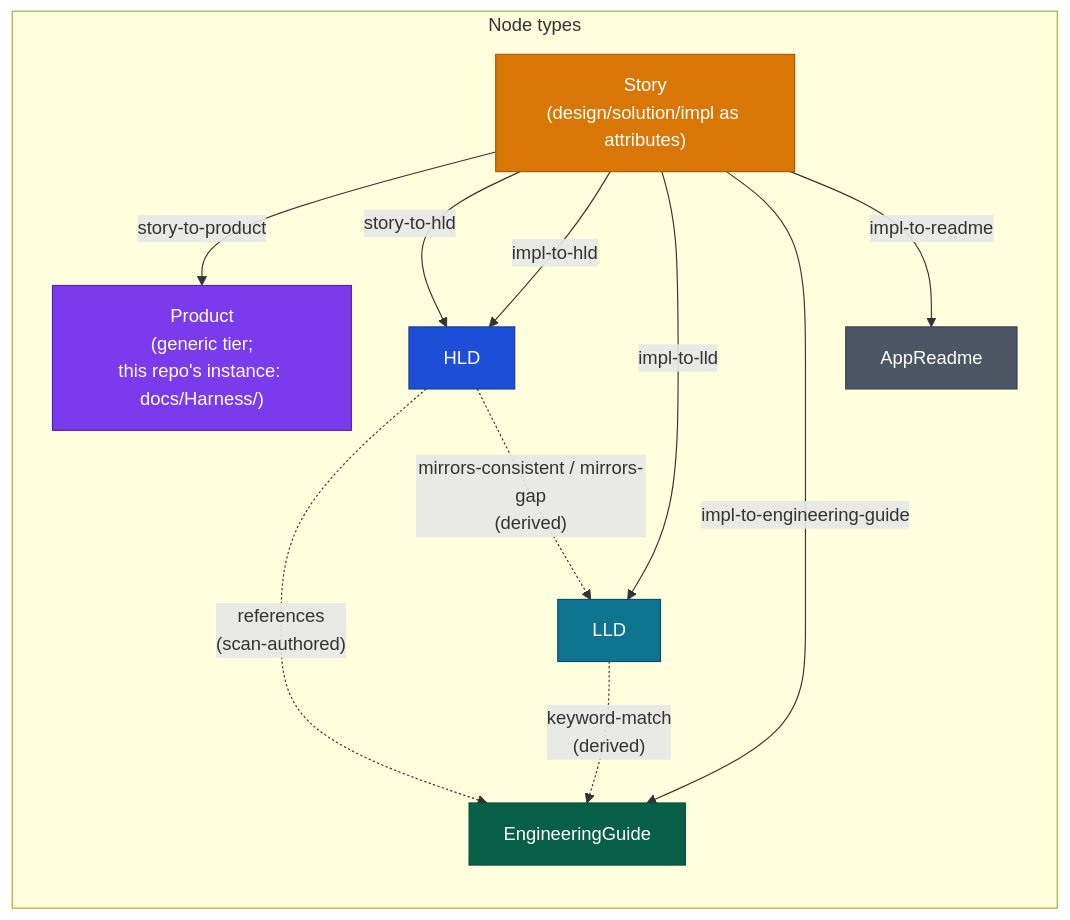
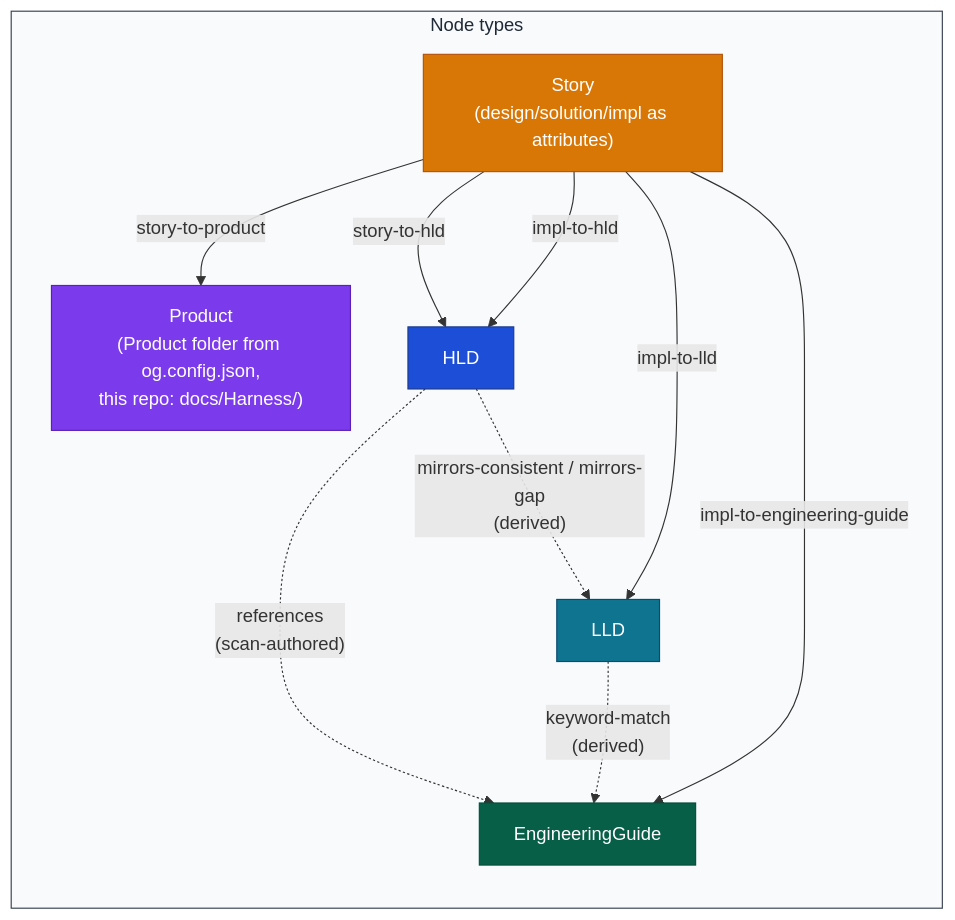
The second of 7 diagrams in docs/Harness/07 Operational Graph/01 Ops Model.md (DataArt/artisyn-implementation-harness), drawn with Mermaid before and after one commit. The commit also changed other lines of this file and 372 other files, not shown here.

First line of the commit message:
feat(harness): okf-compatible knowledge base with og scope guard, schema v1, migrate and check (4.2.0) (#23)

````diff
--- a/docs/Harness/07 Operational Graph/01 Ops Model.md
+++ b/docs/Harness/07 Operational Graph/01 Ops Model.md
@@ -81,29 +98,28 @@
 ```mermaid
 flowchart LR
     subgraph NODES ["Node types"]
         direction TB
         N1["HLD"]:::hld
         N2["LLD"]:::lld
         N3["EngineeringGuide"]:::eg
         N4["Story\n(design/solution/impl as attributes)"]:::story
-        N5["Product\n(generic tier;\nthis repo's instance: docs/Harness/)"]:::pctx
-        N6["AppReadme"]:::readme
+        N5["Product\n(Product folder from og.config.json,\nthis repo: docs/Harness/)"]:::pctx
     end
 
     N4 -->|"story-to-product"| N5
     N4 -->|"story-to-hld"| N1
     N4 -->|"impl-to-hld"| N1
     N4 -->|"impl-to-lld"| N2
     N4 -->|"impl-to-engineering-guide"| N3
-    N4 -->|"impl-to-readme"| N6
     N1 -.->|"references\n(scan-authored)"| N3
     N1 -.->|"mirrors-consistent / mirrors-gap\n(derived)"| N2
     N2 -.->|"keyword-match\n(derived)"| N3
 
     classDef hld   fill:#1D4ED8,stroke:#1e3a8a,color:#fff
     classDef lld   fill:#0E7490,stroke:#0c4a6e,color:#fff
     classDef eg    fill:#065F46,stroke:#064e3b,color:#fff
     classDef story fill:#D97706,stroke:#B45309,color:#fff
     classDef pctx  fill:#7C3AED,stroke:#5B21B6,color:#fff
-    classDef readme fill:#4B5563,stroke:#374151,color:#fff
+
+    style NODES fill:#F8FAFC,stroke:#374151,color:#1F2937
 ```
````
